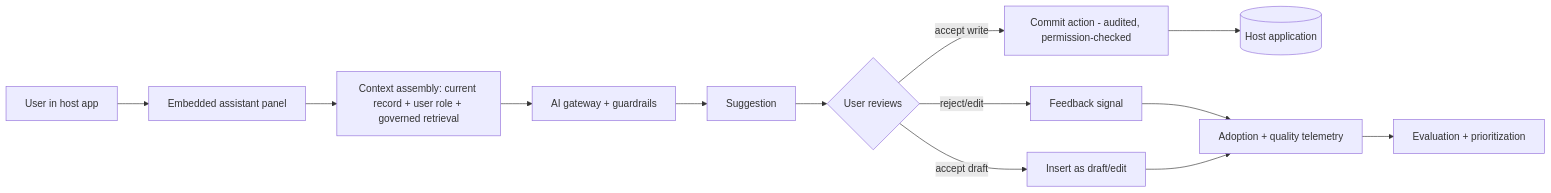
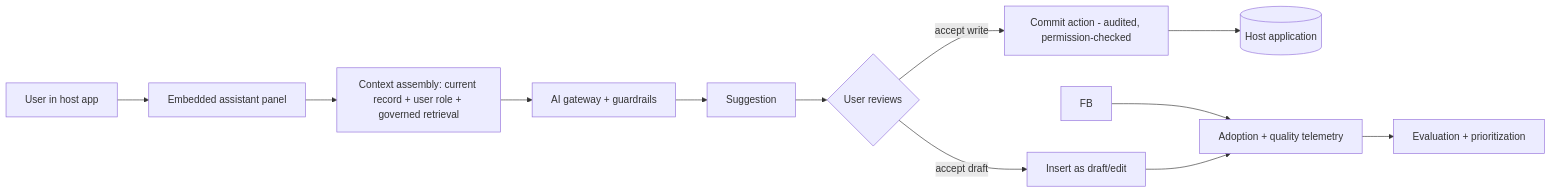
The diagram in use-cases/enterprise-copilot-rollout.md (MrKyaw/Enterprise-AI-Reference-Architecture), drawn with Mermaid before and after one commit. The commit also changed other lines of this file and 12 other files, not shown here.

````diff
--- a/use-cases/enterprise-copilot-rollout.md
+++ b/use-cases/enterprise-copilot-rollout.md
@@ -37,15 +37,14 @@
 ```mermaid
 flowchart LR
     U[User in host app] --> PL[Embedded assistant panel]
     PL --> CTX[Context assembly: current record + user role + governed retrieval]
     CTX --> GW[AI gateway + guardrails]
     GW --> OUT[Suggestion]
     OUT --> REV{User reviews}
     REV -->|accept draft| DRAFT[Insert as draft/edit]
     REV -->|accept write| WRITE[Commit action - audited, permission-checked]
-    REV -->|reject/edit| FB[Feedback signal]
     WRITE --> HOST[(Host application)]
     FB --> TEL[Adoption + quality telemetry]
     DRAFT --> TEL
     TEL --> EVAL[Evaluation + prioritization]
 ```
````
